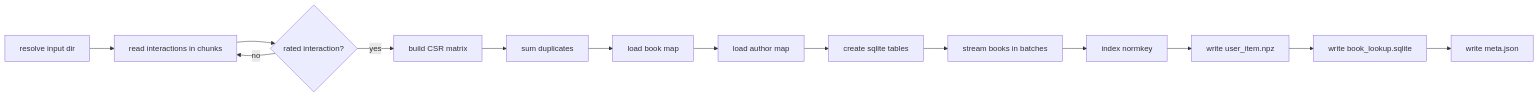
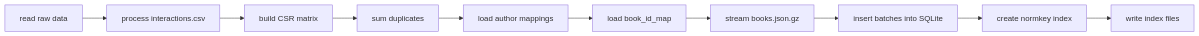
One commit to cptntrps/bookmatch changed the first of 5 diagrams in docs/3_WORKFLOWS.md. Above: the diagram before and after it, drawn with Mermaid. The commit also changed other lines of this file and 5 other files, not shown here.

````diff
--- a/docs/3_WORKFLOWS.md
+++ b/docs/3_WORKFLOWS.md
@@ -46,16 +42,12 @@
 ```mermaid
 graph LR
-    A[resolve input dir] --> B[read interactions in chunks]
-    B --> C{rated interaction?}
-    C -- yes --> D[build CSR matrix]
-    C -- no --> B
-    D --> E[sum duplicates]
-    E --> F[load book map]
-    F --> G[load author map]
-    G --> H[create sqlite tables]
-    H --> I[stream books in batches]
-    I --> J[index normkey]
-    J --> K[write user_item.npz]
-    K --> L[write book_lookup.sqlite]
-    L --> M[write meta.json]
+    A[read raw data] --> B[process interactions.csv]
+    B --> C[build CSR matrix]
+    C --> D[sum duplicates]
+    D --> E[load author mappings]
+    E --> F[load book_id_map]
+    F --> G[stream books.json.gz]
+    G --> H[insert batches into SQLite]
+    H --> I[create normkey index]
+    I --> J[write index files]
 ```
````
